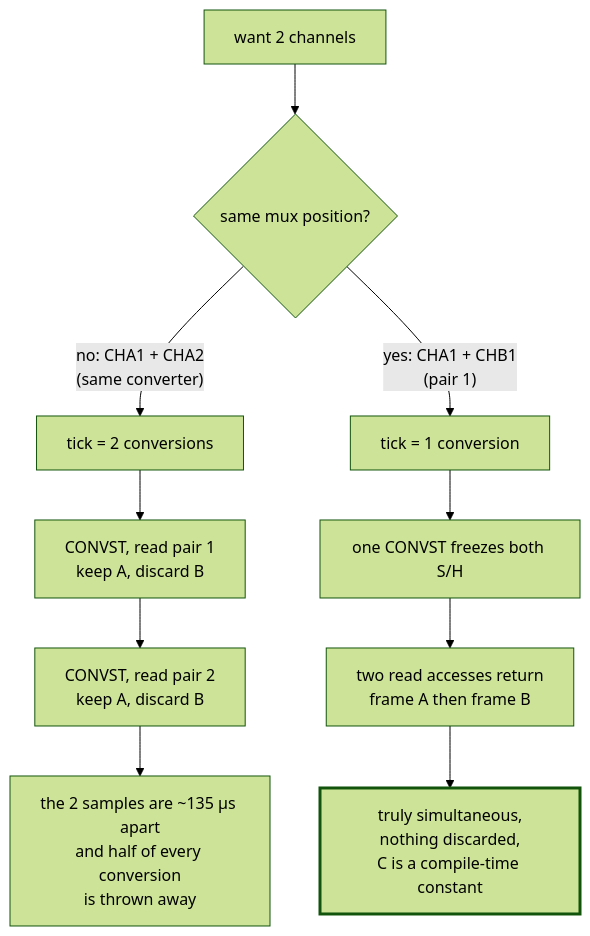
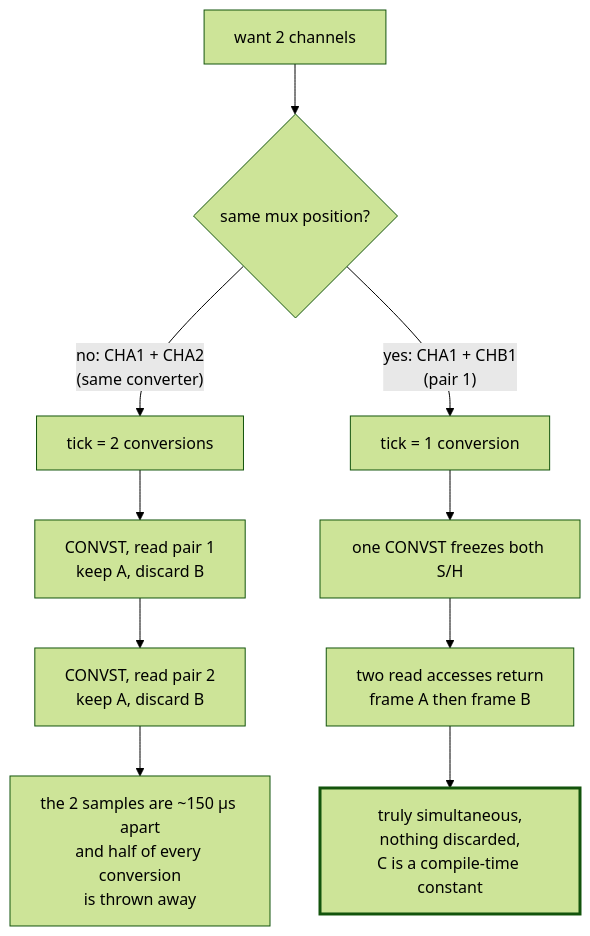
Before and after one commit to S-OConnor/MSP430_TestRepo: the tenth of 13 diagrams in docs/DESIGN.md, drawn with Mermaid (forest theme). The commit also changed other lines of this file and 2 other files, not shown here.

````diff
--- a/docs/DESIGN.md
+++ b/docs/DESIGN.md
@@ -1040,16 +1159,16 @@
 ```mermaid
 flowchart TD
     NEED["want 2 channels"] --> Q{"same mux position?"}
 
     Q -->|"no: CHA1 + CHA2<br/>(same converter)"| TWO["tick = 2 conversions"]
     TWO --> T1["CONVST, read pair 1<br/>keep A, discard B"]
     T1 --> T2["CONVST, read pair 2<br/>keep A, discard B"]
-    T2 --> NOSIM["the 2 samples are ~135 µs apart<br/>and half of every conversion<br/>is thrown away"]
+    T2 --> NOSIM["the 2 samples are ~150 µs apart<br/>and half of every conversion<br/>is thrown away"]
 
     Q -->|"yes: CHA1 + CHB1<br/>(pair 1)"| ONE["tick = 1 conversion"]
     ONE --> O1["one CONVST freezes both S/H"]
     O1 --> O2["two read accesses return<br/>frame A then frame B"]
     O2 --> SIM["truly simultaneous,<br/>nothing discarded,<br/>C is a compile-time constant"]
 
     style SIM stroke-width:3px
 ```
````
